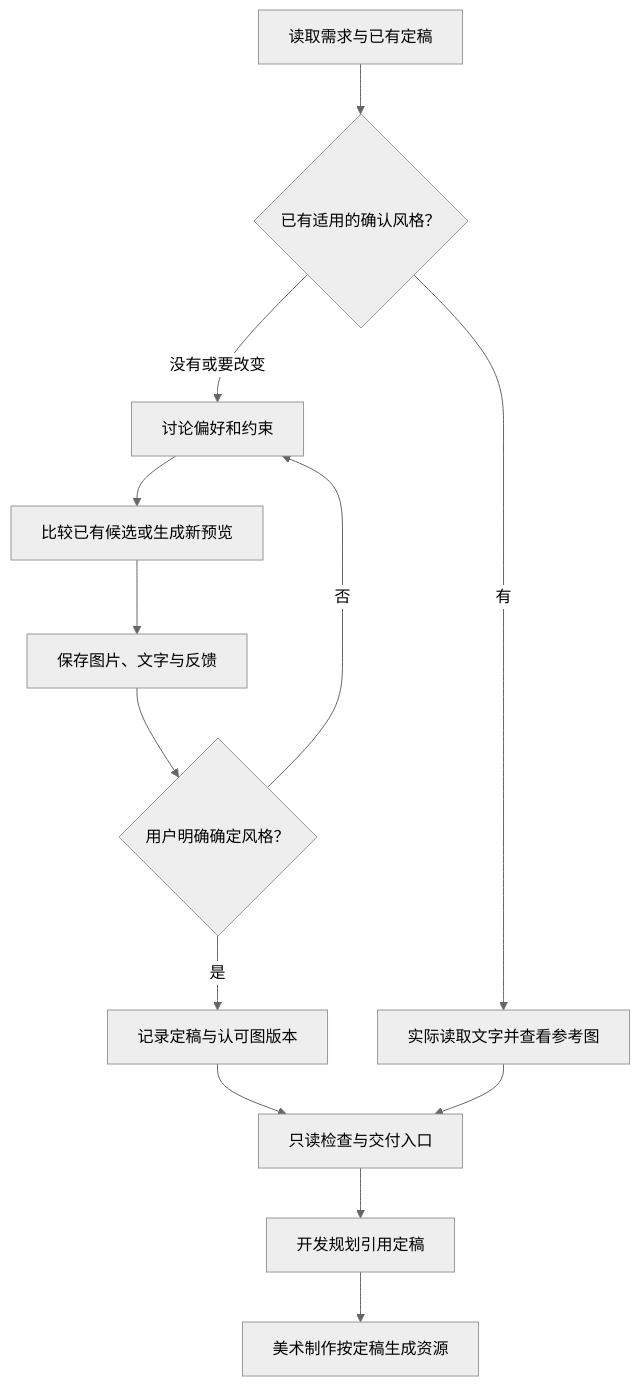
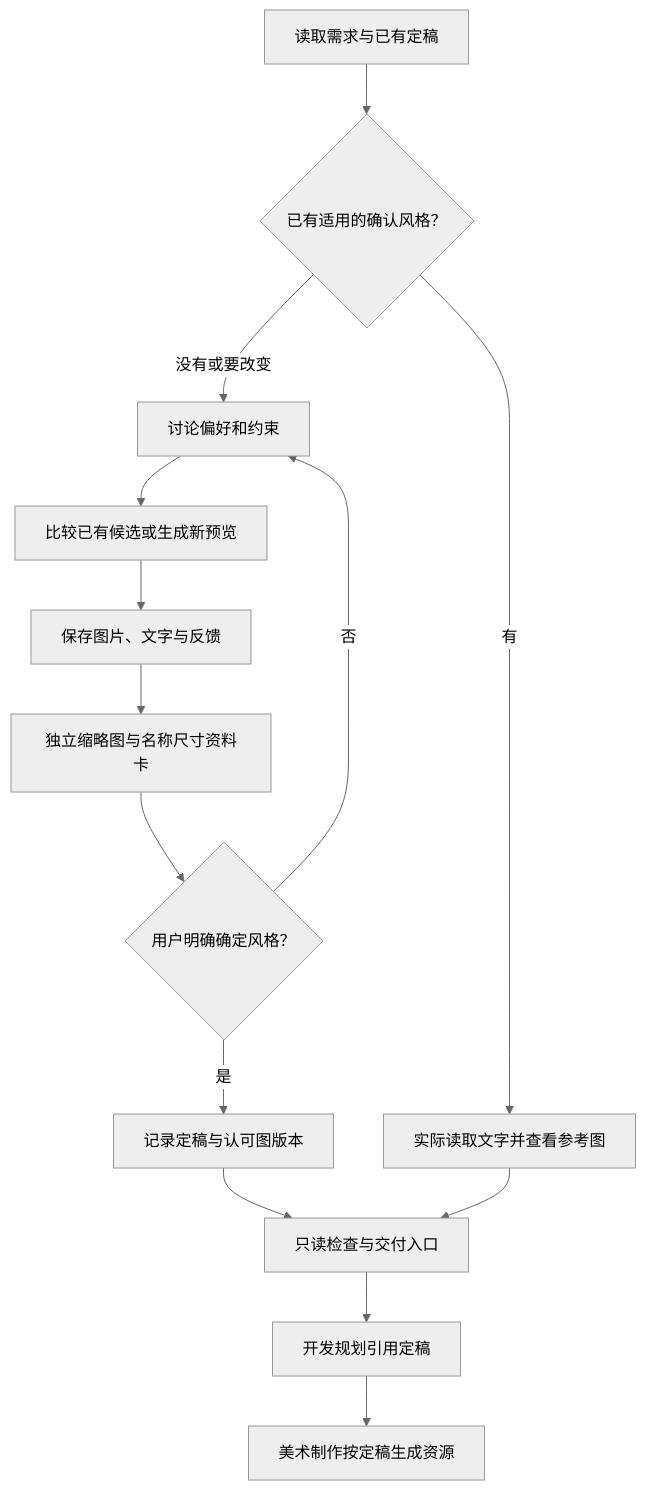
One commit to 229196637/game-development-skills changed the diagram in game-art-style-discussion/SKILL.md. Above: the diagram before and after it, drawn with Mermaid (neutral theme). The commit also changed other lines of this file and 7 other files, not shown here.

````diff
--- a/game-art-style-discussion/SKILL.md
+++ b/game-art-style-discussion/SKILL.md
@@ -13,21 +13,23 @@
 ```mermaid
 flowchart TD
   A[读取需求与已有定稿] --> B{已有适用的确认风格？}
   B -->|有| C[实际读取文字并查看参考图]
   B -->|没有或要改变| D[讨论偏好和约束]
   D --> E[比较已有候选或生成新预览]
   E --> F[保存图片、文字与反馈]
-  F --> G{用户明确确定风格？}
+  F --> T[独立缩略图与名称尺寸资料卡]
+  T --> G{用户明确确定风格？}
   G -->|否| D
   G -->|是| H[记录定稿与认可图版本]
   H --> V[只读检查与交付入口]
   C --> V
   V --> P[开发规划引用定稿]
   P --> R[美术制作按定稿生成资源]
   click D "references/discussion.md"
   click F "references/direction-contract.md"
+  click T "../game-layered-art/references/tooling.md"
   click H "references/direction-contract.md"
   click V "references/tooling.md"
   click P "../game-system-development-planning/SKILL.md"
   click R "../game-layered-art/SKILL.md"
 ```
````
